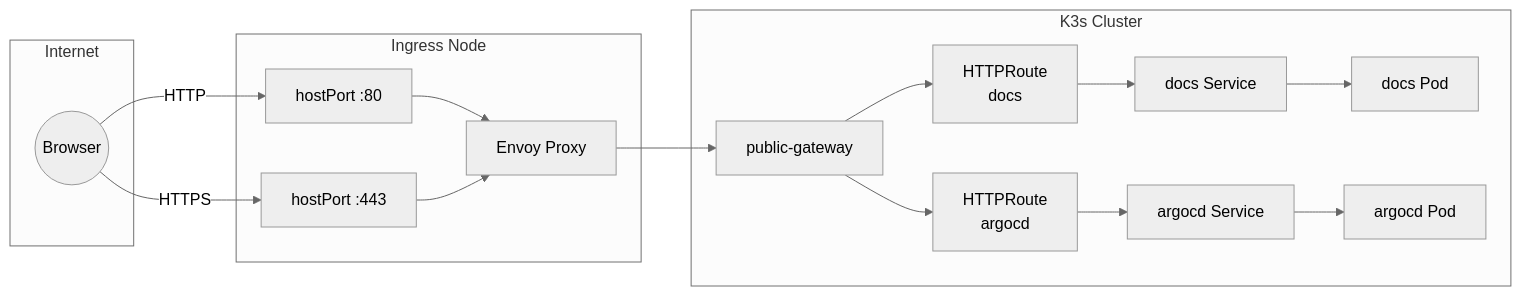
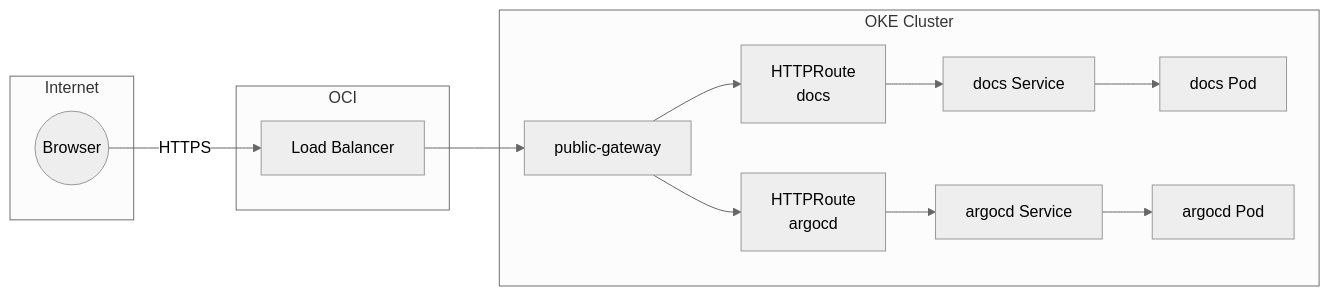
One commit to nsudhanva/k8s-oracle changed the fourth of 5 diagrams in docs/src/content/docs/architecture/overview.md. Above: the diagram before and after it, drawn with Mermaid (neutral theme). The commit also changed other lines of this file and 16 other files, not shown here.

Commit message:
docs: update architecture to OKE and fix envoy gateway subnet

````diff
--- a/docs/src/content/docs/architecture/overview.md
+++ b/docs/src/content/docs/architecture/overview.md
@@ -177,34 +144,29 @@
 ```mermaid
 flowchart LR
     subgraph Internet
         Browser((Browser))
     end
 
-    subgraph Ingress["Ingress Node"]
-        HP80[hostPort :80]
-        HP443[hostPort :443]
-        Envoy[Envoy Proxy]
+    subgraph OCI["OCI"]
+        LB[Load Balancer]
     end
 
-    subgraph Cluster["K3s Cluster"]
+    subgraph Cluster["OKE Cluster"]
         GW[public-gateway]
         HR1[HTTPRoute<br/>docs]
         HR2[HTTPRoute<br/>argocd]
         SVC1[docs Service]
         SVC2[argocd Service]
         POD1[docs Pod]
         POD2[argocd Pod]
     end
 
-    Browser -->|HTTP| HP80
-    Browser -->|HTTPS| HP443
-    HP80 --> Envoy
-    HP443 --> Envoy
-    Envoy --> GW
+    Browser -->|HTTPS| LB
+    LB --> GW
     GW --> HR1
     GW --> HR2
     HR1 --> SVC1
     HR2 --> SVC2
     SVC1 --> POD1
     SVC2 --> POD2
 ```
````
